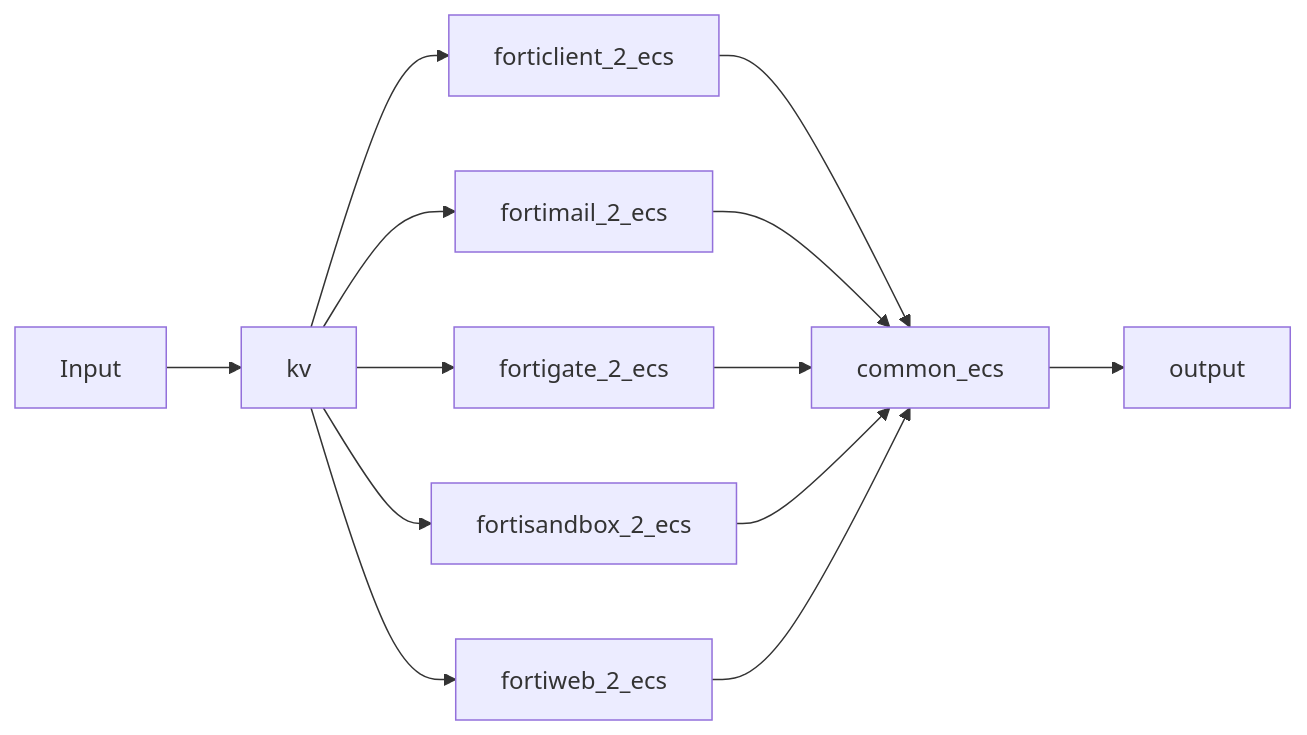
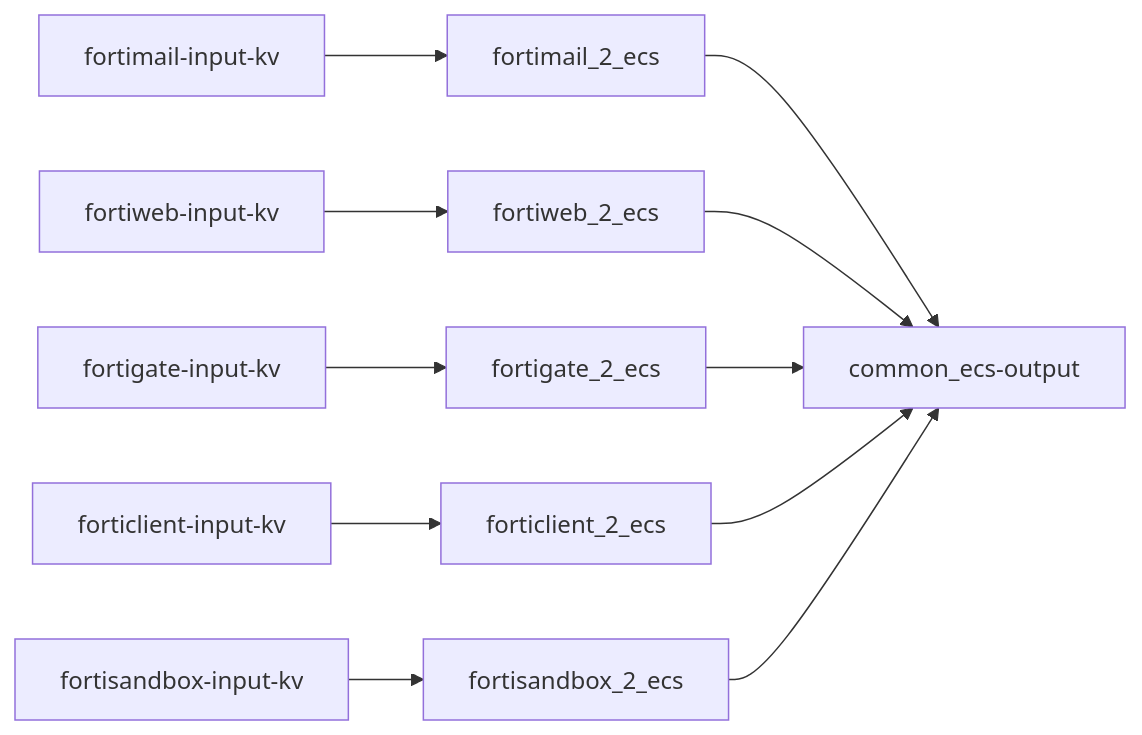
One commit to enotspe/fortinet-2-elasticsearch changed the diagram in README.md. Above: the diagram before and after it, drawn with Mermaid. The commit also changed other lines of this file and 17 other files, not shown here.

````diff
--- a/README.md
+++ b/README.md
@@ -174,15 +174,13 @@
 ```mermaid
 graph LR;
-    Input-->kv;
-    kv-->fortimail_2_ecs;
-    kv-->forticlient_2_ecs;
-    kv-->fortigate_2_ecs;
-    kv-->fortisandbox_2_ecs;
-    kv-->fortiweb_2_ecs;
-    forticlient_2_ecs-->common_ecs;
-    fortimail_2_ecs-->common_ecs;
-    fortigate_2_ecs-->common_ecs;
-    fortisandbox_2_ecs-->common_ecs;
-    fortiweb_2_ecs-->common_ecs;
-    common_ecs-->output;
+    fortimail-input-kv-->fortimail_2_ecs;
+    fortiweb-input-kv-->fortiweb_2_ecs;
+    fortigate-input-kv-->fortigate_2_ecs;
+    forticlient-input-kv-->forticlient_2_ecs;
+    fortisandbox-input-kv-->fortisandbox_2_ecs;
+    fortimail_2_ecs-->common_ecs-output;
+    fortiweb_2_ecs-->common_ecs-output;
+    fortigate_2_ecs-->common_ecs-output;
+    forticlient_2_ecs-->common_ecs-output;
+    fortisandbox_2_ecs-->common_ecs-output;
 ```
````
